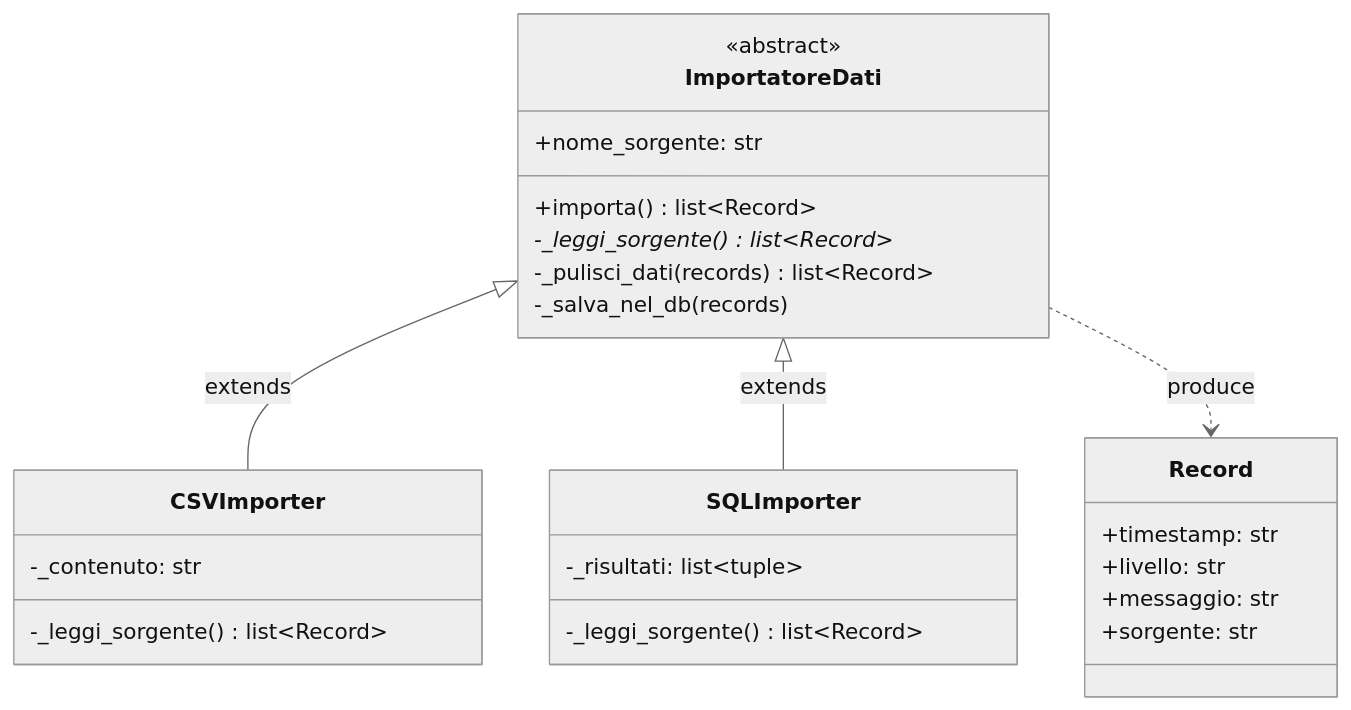
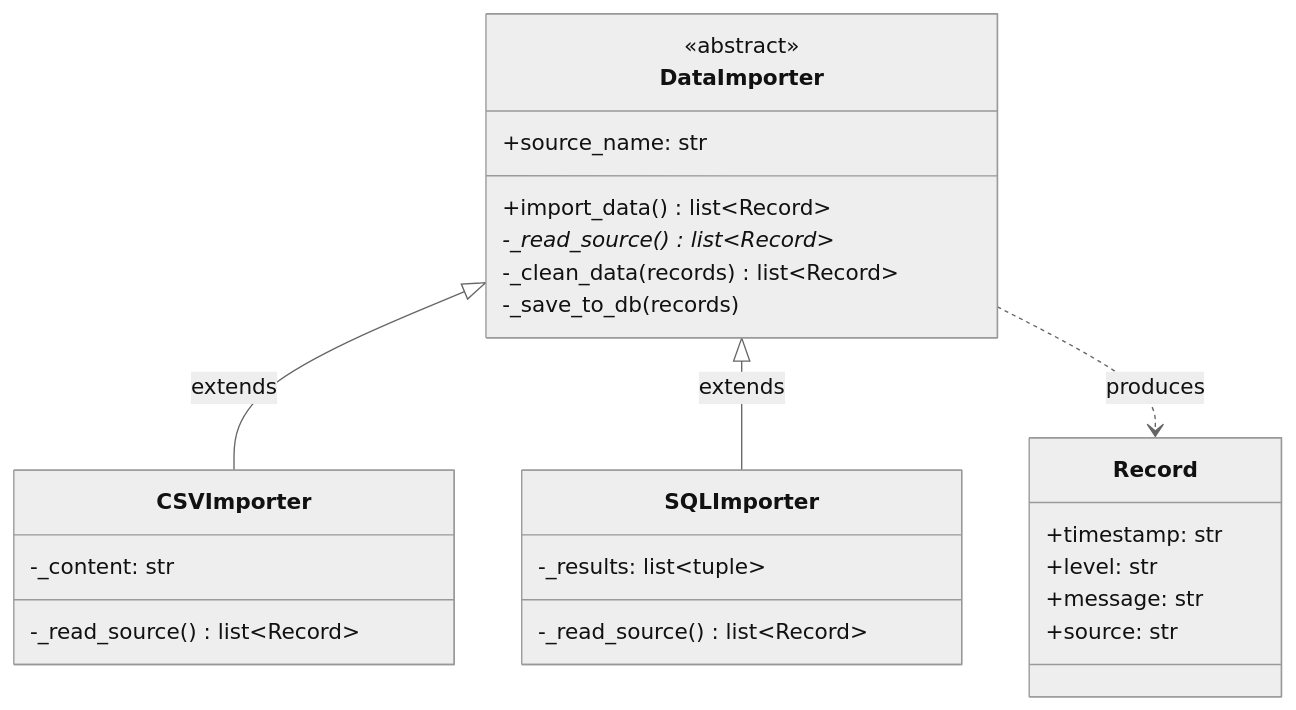
One commit to lucadileo9/design-pattern changed the second of 3 diagrams in 03_behavioral/template-method/README.MD. Above: the diagram before and after it, drawn with Mermaid (neutral theme). The commit also changed other lines of this file and 43 other files, not shown here.

````diff
--- a/03_behavioral/template-method/README.MD
+++ b/03_behavioral/template-method/README.MD
@@ -54,29 +54,29 @@
 ```mermaid
 classDiagram
-    class ImportatoreDati {
+    class DataImporter {
         <<abstract>>
-        +nome_sorgente: str
-        +importa() list~Record~
-        -_leggi_sorgente()* list~Record~
-        -_pulisci_dati(records) list~Record~
-        -_salva_nel_db(records)
+        +source_name: str
+        +import_data() list~Record~
+        -_read_source()* list~Record~
+        -_clean_data(records) list~Record~
+        -_save_to_db(records)
     }
     class CSVImporter {
-        -_contenuto: str
-        -_leggi_sorgente() list~Record~
+        -_content: str
+        -_read_source() list~Record~
     }
     class SQLImporter {
-        -_risultati: list~tuple~
-        -_leggi_sorgente() list~Record~
+        -_results: list~tuple~
+        -_read_source() list~Record~
     }
     class Record {
         +timestamp: str
-        +livello: str
-        +messaggio: str
-        +sorgente: str
+        +level: str
+        +message: str
+        +source: str
     }
 
-    ImportatoreDati <|-- CSVImporter : extends
-    ImportatoreDati <|-- SQLImporter : extends
-    ImportatoreDati ..> Record : produce
+    DataImporter <|-- CSVImporter : extends
+    DataImporter <|-- SQLImporter : extends
+    DataImporter ..> Record : produces
 ```
````
